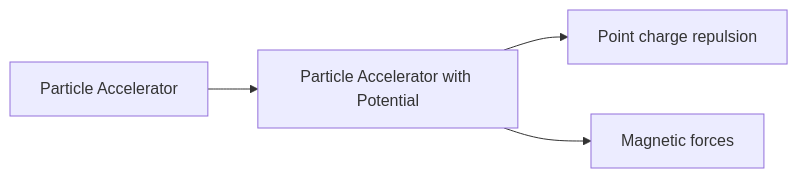
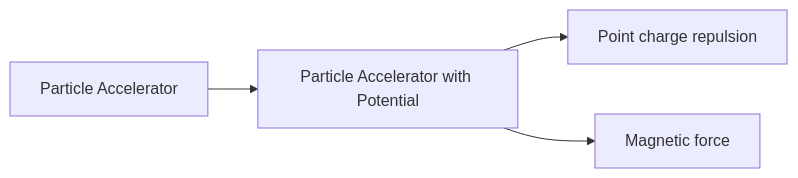
The seventh of 7 diagrams in flowchart.qmd (stemcoding/stemcoding.github.io), drawn with Mermaid before and after one commit. The commit also changed other lines of this file and 2 other files, not shown here.

Commit message:
add links in the flowchart page

````diff
--- a/flowchart.qmd
+++ b/flowchart.qmd
@@ -73,6 +89,10 @@
 ```{mermaid}
 flowchart LR
   A[Particle Accelerator] --> B[Particle Accelerator with Potential]
+  click A "projects/particleaccelerator.html" "Particle Accelerator"
   B --> C[Point charge repulsion]
-  B --> D[Magnetic forces]
+  click B "projects/particleacceleratorpotential.html" "Particle Accelerator with Potential"
+  click C "projects/repulsion.html" "Point charge repulsion"
+  B --> D[Magnetic force]
+  click D "projects/magneticforce.html" "Magnetic Force"
 ```
````
